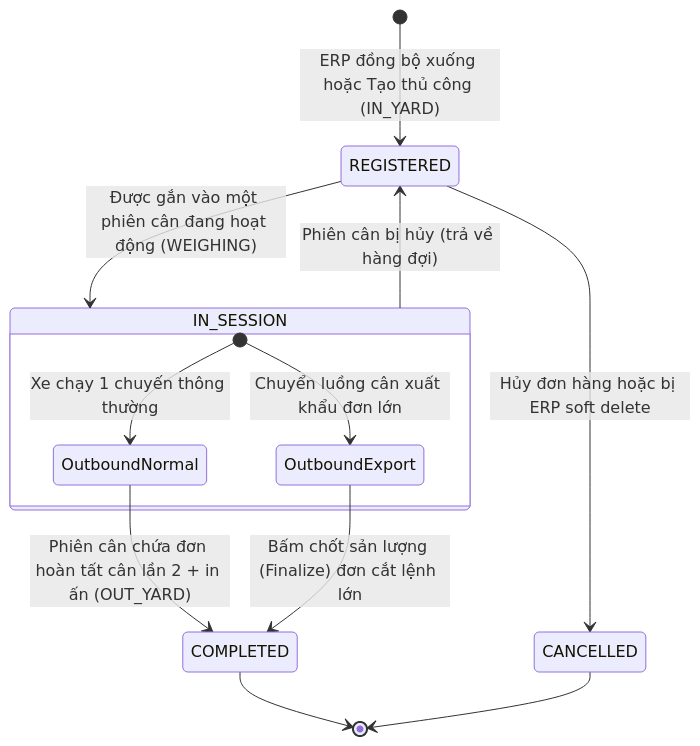
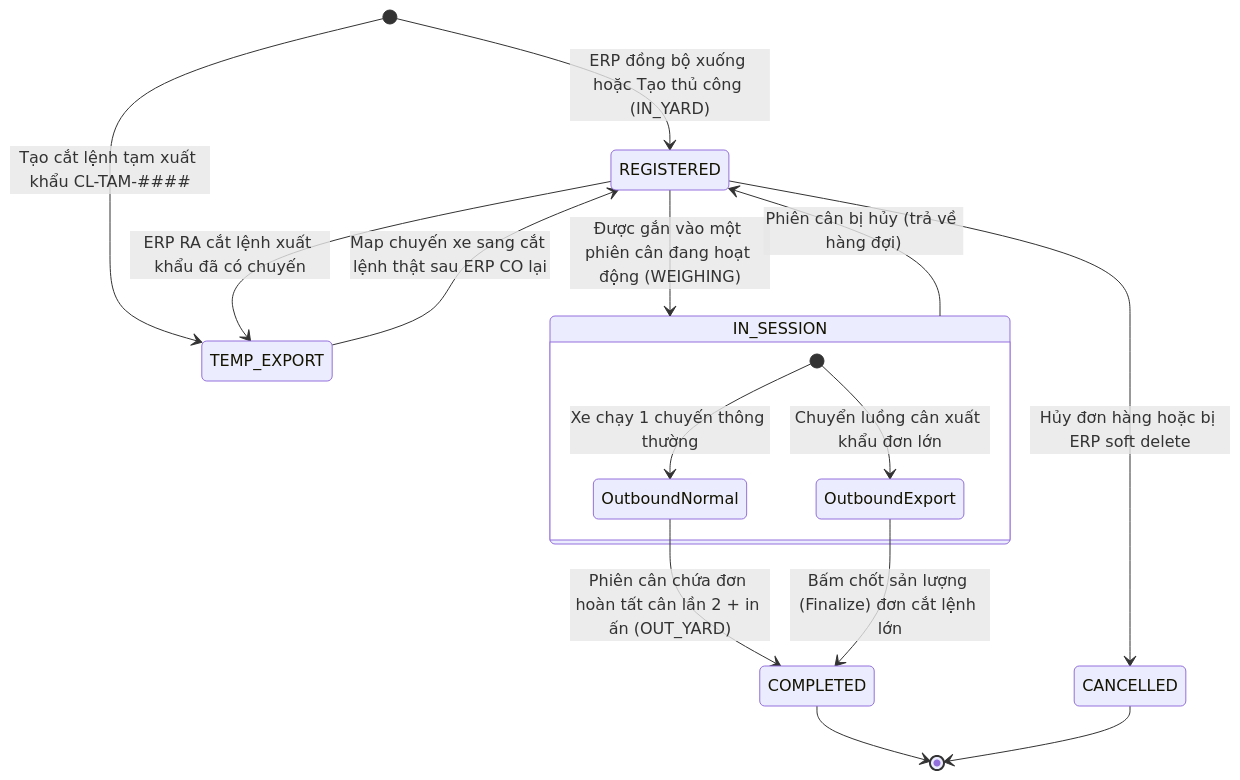
Before and after one commit to ngocchien5596/WeightStation: the third of 3 diagrams in SRSdocs/StationApp_System_SRS.md, drawn with Mermaid. The commit also changed other lines of this file and 1513 other files, not shown here.

````diff
--- a/SRSdocs/StationApp_System_SRS.md
+++ b/SRSdocs/StationApp_System_SRS.md
@@ -1443,19 +1475,22 @@
 ```mermaid
 stateDiagram-v2
     [*] --> REGISTERED : ERP đồng bộ xuống hoặc Tạo thủ công (IN_YARD)
+    [*] --> TEMP_EXPORT : Tạo cắt lệnh tạm xuất khẩu CL-TAM-####
     REGISTERED --> IN_SESSION : Được gắn vào một phiên cân đang hoạt động (WEIGHING)
+    REGISTERED --> TEMP_EXPORT : ERP RA cắt lệnh xuất khẩu đã có chuyến
+    TEMP_EXPORT --> REGISTERED : Map chuyến xe sang cắt lệnh thật sau ERP CO lại
     
     state IN_SESSION {
         [*] --> OutboundNormal : Xe chạy 1 chuyến thông thường
         [*] --> OutboundExport : Chuyển luồng cân xuất khẩu đơn lớn
     }
     
     OutboundNormal --> COMPLETED : Phiên cân chứa đơn hoàn tất cân lần 2 + in ấn (OUT_YARD)
     OutboundExport --> COMPLETED : Bấm chốt sản lượng (Finalize) đơn cắt lệnh lớn
     
     REGISTERED --> CANCELLED : Hủy đơn hàng hoặc bị ERP soft delete
     IN_SESSION --> REGISTERED : Phiên cân bị hủy (trả về hàng đợi)
     
     COMPLETED --> [*]
     CANCELLED --> [*]
 ```
````
